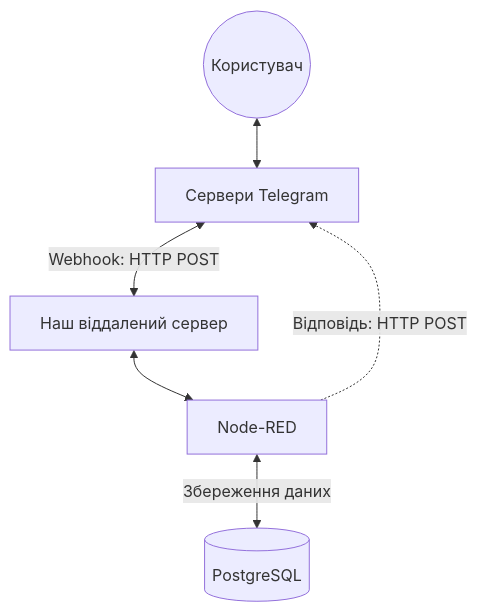
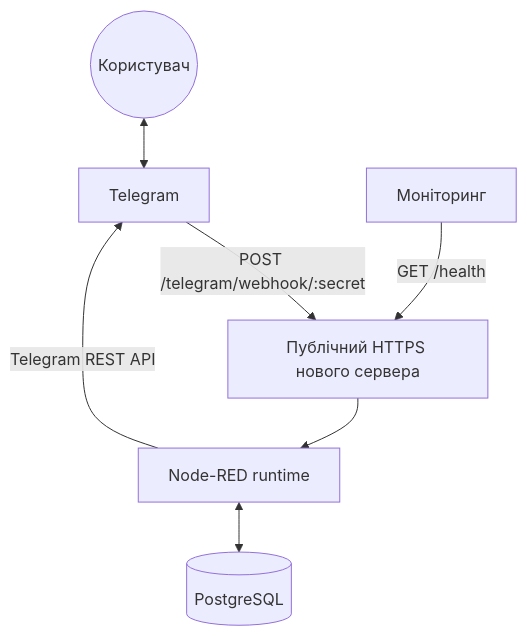
One commit to Danilo505908/tg-bot changed the first of 2 diagrams in docs/ARCHITECTURE.md. Above: the diagram before and after it, drawn with Mermaid. The commit also changed other lines of this file and 19 other files, not shown here.

Commit message:
Refactor bot into Node-RED flow

````diff
--- a/docs/ARCHITECTURE.md
+++ b/docs/ARCHITECTURE.md
@@ -9,8 +5,9 @@
 ```mermaid
 flowchart TD
-    User((Користувач)) <--> TG[Сервери Telegram]
-    TG <-->|Webhook: HTTP POST| Server[Наш віддалений сервер]
-    Server <--> NodeRED[Node-RED]
-    NodeRED <-->|Збереження даних| DB[(PostgreSQL)]
-    NodeRED -.->|Відповідь: HTTP POST| TG
+    User((Користувач)) <--> TG[Telegram]
+    TG -->|POST /telegram/webhook/:secret| HTTPS[Публічний HTTPS нового сервера]
+    HTTPS --> NR[Node-RED runtime]
+    NR <--> DB[(PostgreSQL)]
+    NR -->|Telegram REST API| TG
+    Monitor[Моніторинг] -->|GET /health| HTTPS
 ```
````
